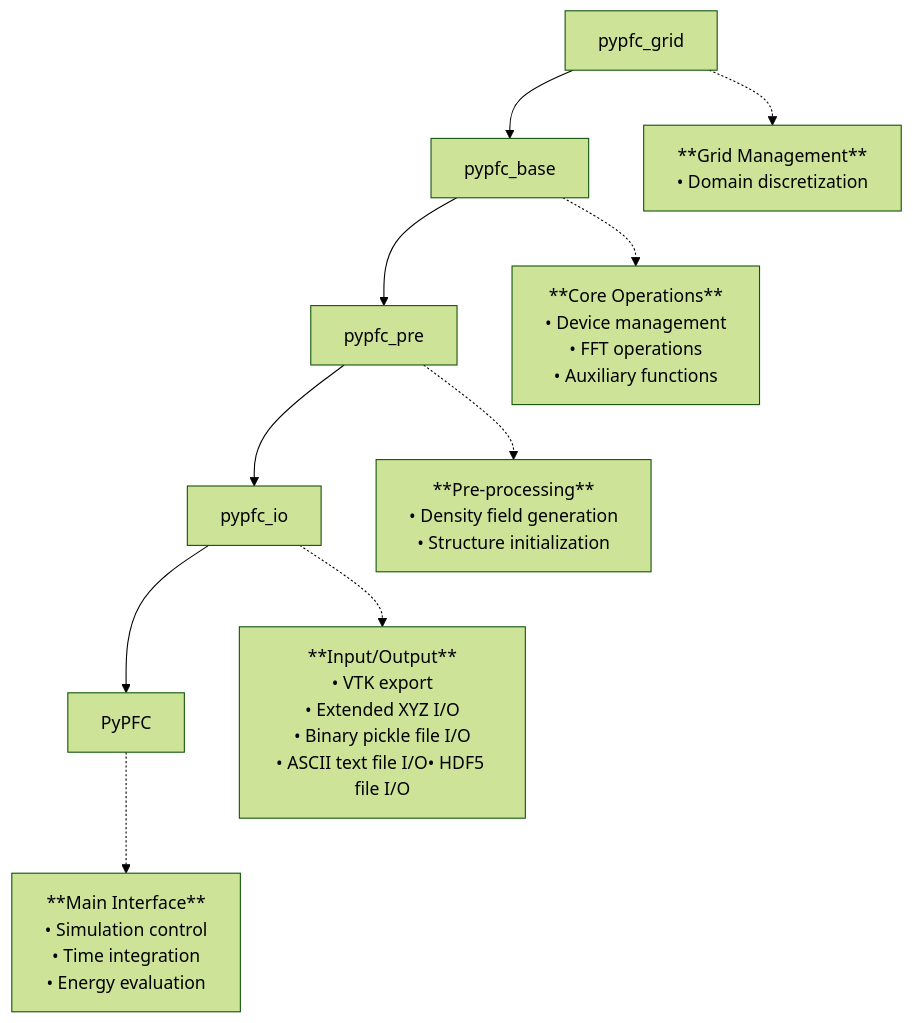
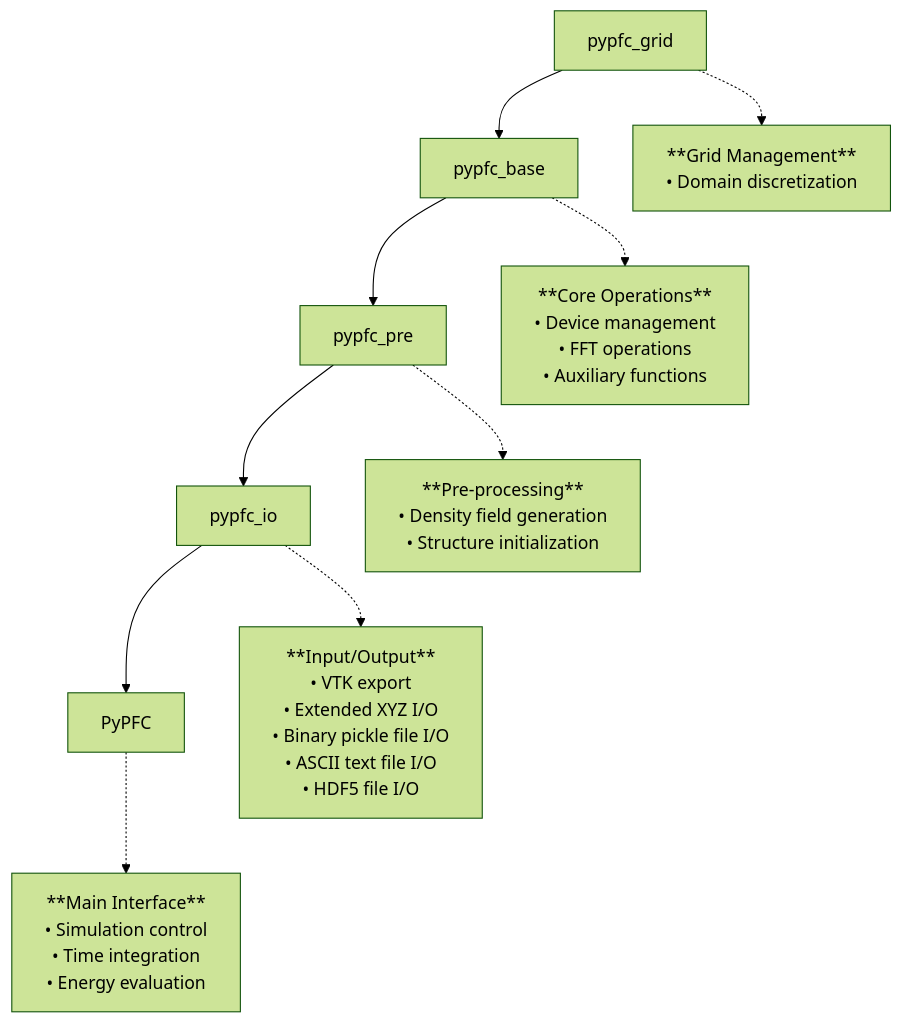
One commit to HHallb/pyPFC changed the diagram in docs/api/core.md. Above: the diagram before and after it, drawn with Mermaid (forest theme).

Commit message:
Revised the HDF5 entry in core.md

````diff
--- a/docs/api/core.md
+++ b/docs/api/core.md
@@ -167,13 +167,13 @@
 ```mermaid
 graph TD
     A[pypfc_grid] --> B[pypfc_base]
     B --> C[pypfc_pre]
     C --> D[pypfc_io]
     D --> E[PyPFC]
     
     A -.-> F[**Grid Management**<br/>• Domain discretization<br/>]
     B -.-> G[**Core Operations**<br/>• Device management<br/>• FFT operations<br/>• Auxiliary functions]
     C -.-> H[**Pre-processing**<br/>• Density field generation<br/>• Structure initialization<br/>]
-    D -.-> I[**Input/Output**<br/>• VTK export<br/>• Extended XYZ I/O<br/>• Binary pickle file I/O<br/>• ASCII text file I/O• HDF5 file I/O]
+    D -.-> I[**Input/Output**<br/>• VTK export<br/>• Extended XYZ I/O<br/>• Binary pickle file I/O<br/>• ASCII text file I/O<br/>• HDF5 file I/O]
     E -.-> J[**Main Interface**<br/>• Simulation control<br/>• Time integration<br/>• Energy evaluation]
 ```
````
